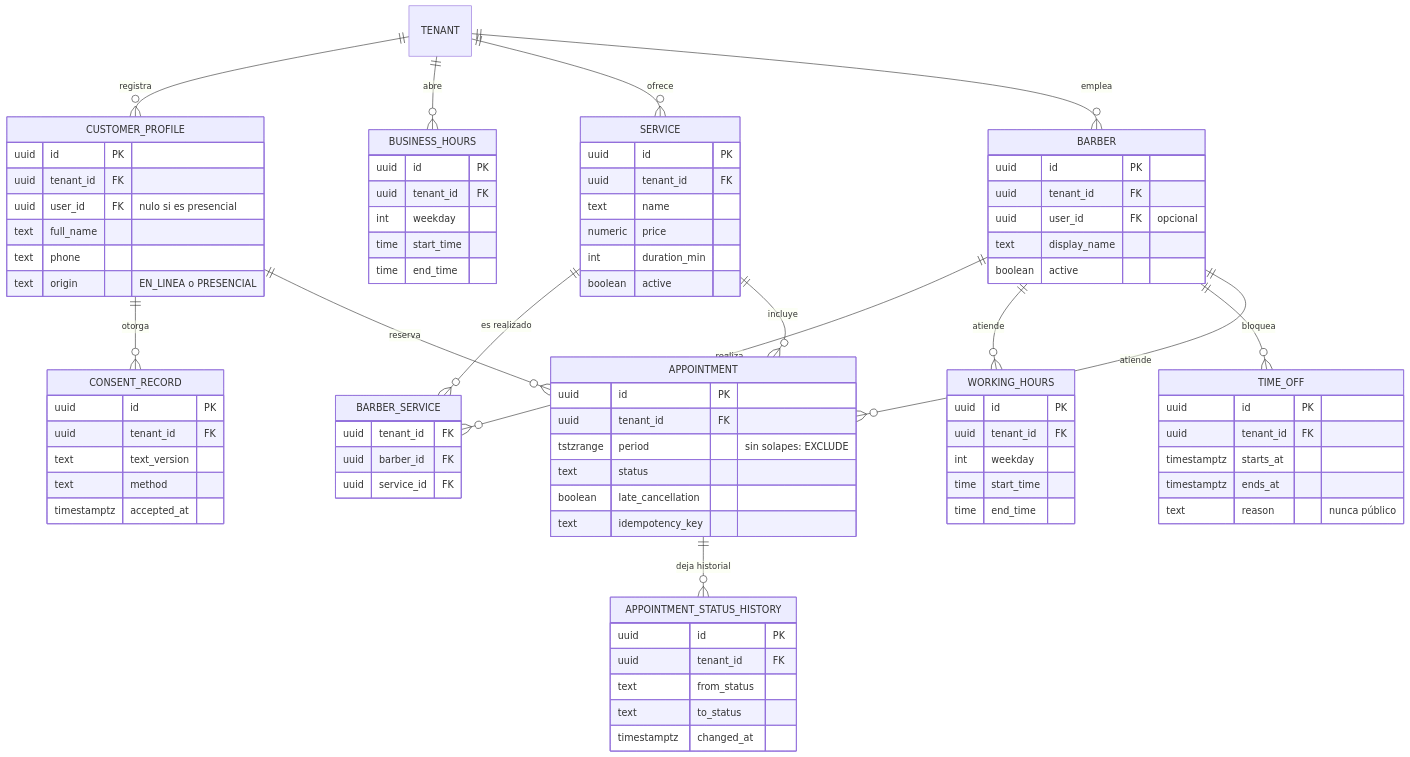
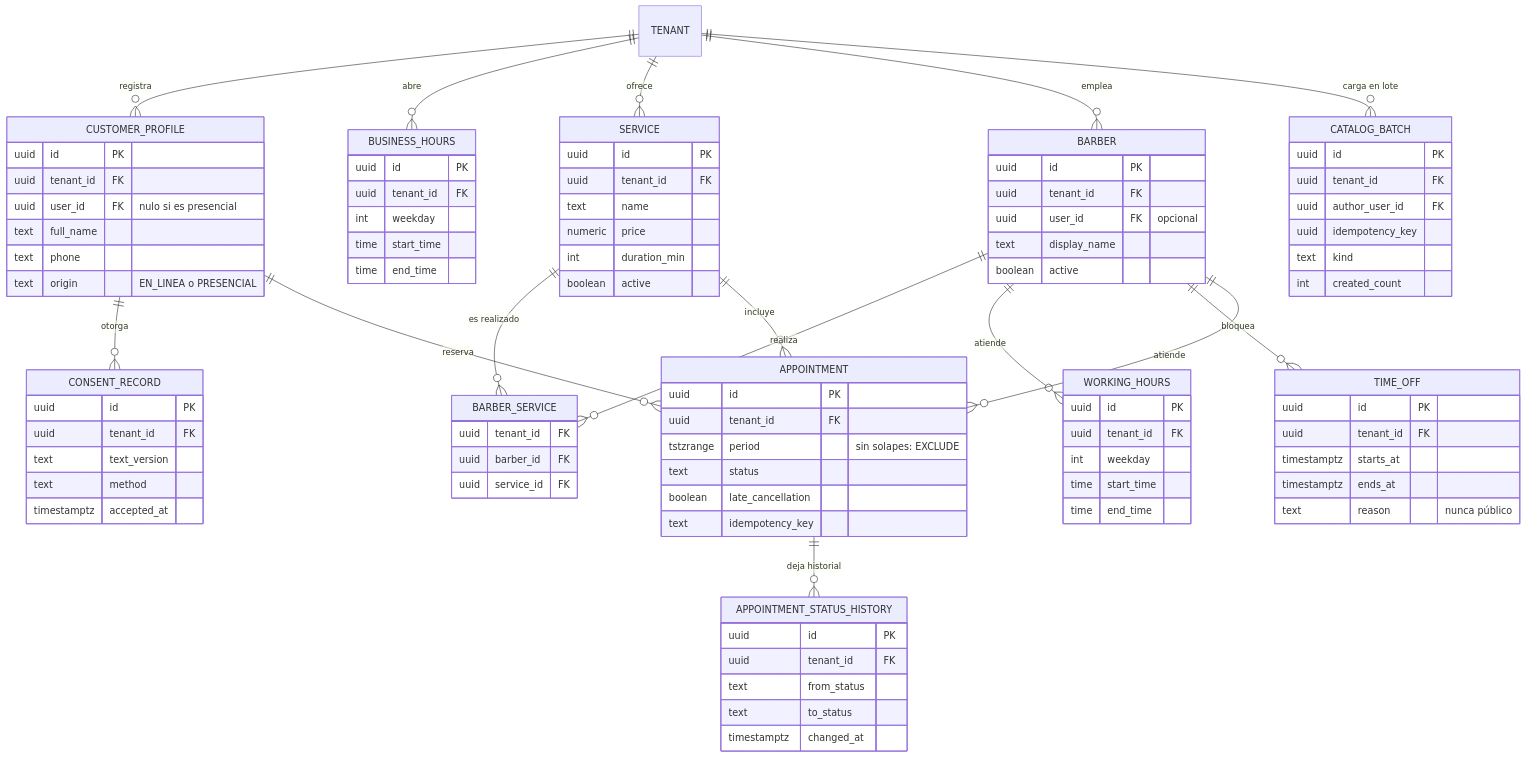
One commit to semcham/proyecto-final-barberia-ayacucho changed the fifth of 7 diagrams in docs/02-arquitectura-software/multi-tenancy-y-datos.md. Above: the diagram before and after it, drawn with Mermaid. The commit also changed other lines of this file and 12 other files, not shown here.

Commit message:
docs: actualizar diagramas C4, modelo de datos y vista de capas con las funcionalidades 004 a 011

````diff
--- a/docs/02-arquitectura-software/multi-tenancy-y-datos.md
+++ b/docs/02-arquitectura-software/multi-tenancy-y-datos.md
@@ -323,6 +332,7 @@
     SERVICE ||--o{ APPOINTMENT : "incluye"
     CUSTOMER_PROFILE ||--o{ APPOINTMENT : "reserva"
     APPOINTMENT ||--o{ APPOINTMENT_STATUS_HISTORY : "deja historial"
+    TENANT ||--o{ CATALOG_BATCH : "carga en lote"
 
     CUSTOMER_PROFILE {
         uuid id PK
@@ -395,4 +405,12 @@
         text to_status
         timestamptz changed_at
     }
+    CATALOG_BATCH {
+        uuid id PK
+        uuid tenant_id FK
+        uuid author_user_id FK
+        uuid idempotency_key
+        text kind
+        int created_count
+    }
 ```
````
